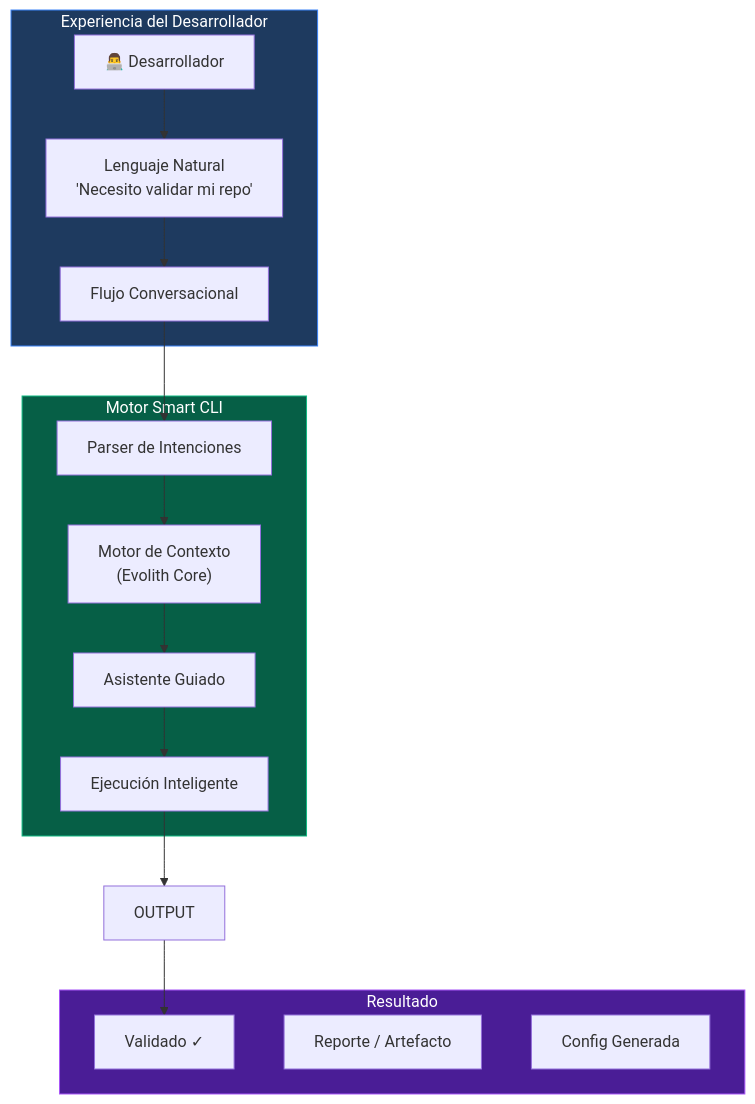
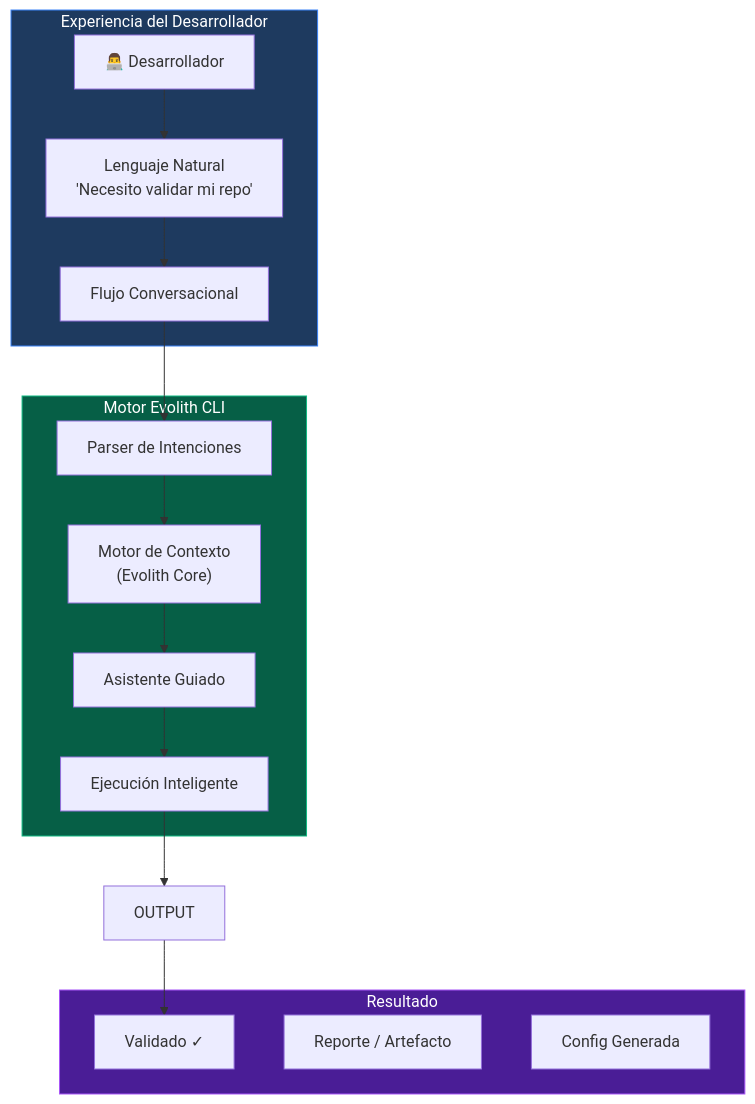
The first of 8 diagrams in product/products/smart-cli/docs/VISION.es.md (beyondnetcode/evolith_arch32), drawn with Mermaid before and after one commit. The commit also changed other lines of this file and 195 other files, not shown here.

First line of the commit message:
refactor(brand): align "Smart CLI" → "Evolith CLI" across docs, code, npm, and assemblies

````diff
--- a/product/products/smart-cli/docs/VISION.es.md
+++ b/product/products/smart-cli/docs/VISION.es.md
@@ -22,34 +22,34 @@
 ```mermaid
 graph TB
     subgraph User["Experiencia del Desarrollador"]
         DEV["👨‍💻 Desarrollador"]
         NAT["Lenguaje Natural\n'Necesito validar mi repo'"]
         CONV["Flujo Conversacional"]
     end
 
-    subgraph CLI["Motor Smart CLI"]
+    subgraph CLI["Motor Evolith CLI"]
         PARSE["Parser de Intenciones"]
         CONTEXT["Motor de Contexto\n(Evolith Core)"]
         GUIDANCE["Asistente Guiado"]
         EXEC["Ejecución Inteligente"]
     end
 
     subgraph Output["Resultado"]
         VALID["Validado ✓"]
         REPORT["Reporte / Artefacto"]
         CONFIG["Config Generada"]
     end
 
     DEV --> NAT
     NAT --> CONV
     CONV --> PARSE
     PARSE --> CONTEXT
     CONTEXT --> GUIDANCE
     GUIDANCE --> EXEC
     EXEC --> OUTPUT
     OUTPUT --> VALID
 
     style User fill:#1e3a5f,stroke:#3b82f6,color:#fff
     style CLI fill:#065f46,stroke:#10b981,color:#fff
     style Output fill:#4a1d96,stroke:#a855f7,color:#fff
 ```
````
